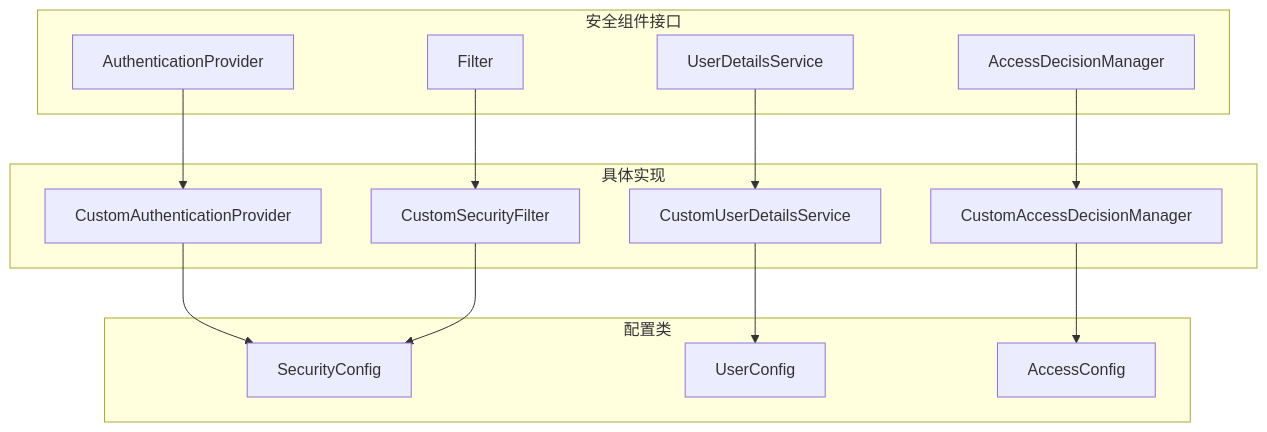
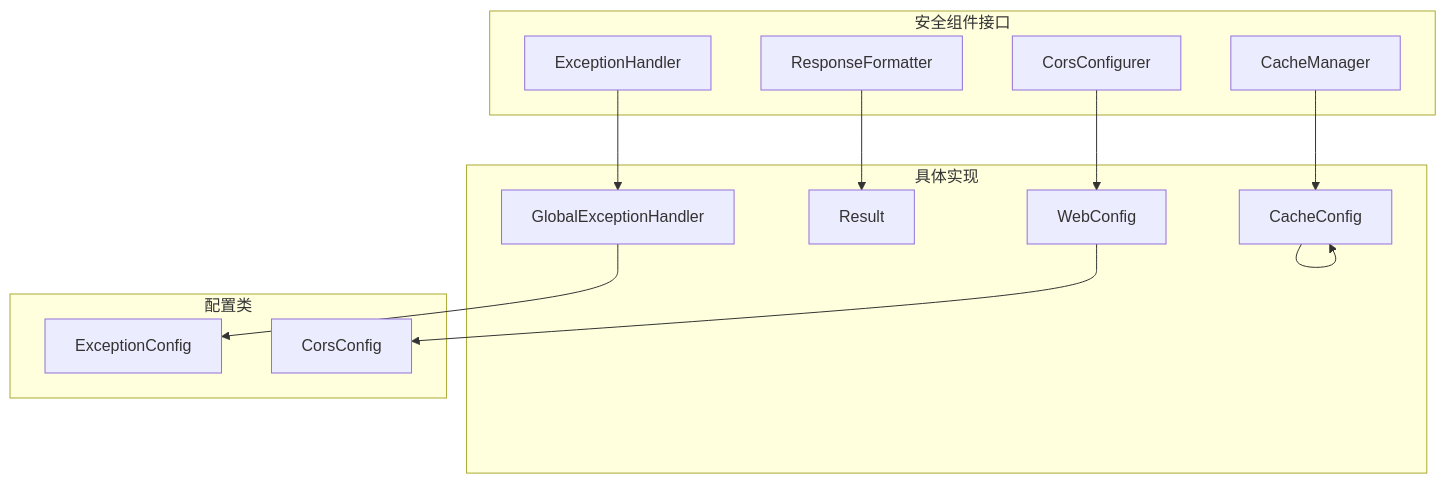
Diagram 13 of 15 in .qoder/repowiki/zh/content/核心功能开发/安全配置.md (gree-coder/fund-butler), drawn with Mermaid before and after one commit. The commit also changed other lines of this file and 10 other files, not shown here.

````diff
--- a/.qoder/repowiki/zh/content/核心功能开发/安全配置.md
+++ b/.qoder/repowiki/zh/content/核心功能开发/安全配置.md
@@ -400,28 +444,27 @@
 ```mermaid
 graph TB
 subgraph "安全组件接口"
-AUTH_INTERFACE[AuthenticationProvider]
-USER_INTERFACE[UserDetailsService]
-ACCESS_INTERFACE[AccessDecisionManager]
-FILTER_INTERFACE[Filter]
+EXCEPTION_INTERFACE[ExceptionHandler]
+RESPONSE_INTERFACE[ResponseFormatter]
+CORS_INTERFACE[CorsConfigurer]
+CACHE_INTERFACE[CacheManager]
 end
 subgraph "具体实现"
-CUSTOM_AUTH[CustomAuthenticationProvider]
-CUSTOM_USER[CustomUserDetailsService]
-CUSTOM_ACCESS[CustomAccessDecisionManager]
-CUSTOM_FILTER[CustomSecurityFilter]
+GLOBAL_EXCEPTION[GlobalExceptionHandler]
+UNIFIED_RESPONSE[Result]
+WEB_CONFIG[WebConfig]
+CACHE_CONFIG[CacheConfig]
 end
 subgraph "配置类"
-SECURITY_CONFIG[SecurityConfig]
-USER_CONFIG[UserConfig]
-ACCESS_CONFIG[AccessConfig]
+EXCEPTION_CONFIG[ExceptionConfig]
+CORS_CONFIG[CorsConfig]
+CACHE_CONFIG[CacheConfig]
 end
-AUTH_INTERFACE --> CUSTOM_AUTH
-USER_INTERFACE --> CUSTOM_USER
-ACCESS_INTERFACE --> CUSTOM_ACCESS
-FILTER_INTERFACE --> CUSTOM_FILTER
-CUSTOM_AUTH --> SECURITY_CONFIG
-CUSTOM_USER --> USER_CONFIG
-CUSTOM_ACCESS --> ACCESS_CONFIG
-CUSTOM_FILTER --> SECURITY_CONFIG
+EXCEPTION_INTERFACE --> GLOBAL_EXCEPTION
+RESPONSE_INTERFACE --> UNIFIED_RESPONSE
+CORS_INTERFACE --> WEB_CONFIG
+CACHE_INTERFACE --> CACHE_CONFIG
+GLOBAL_EXCEPTION --> EXCEPTION_CONFIG
+WEB_CONFIG --> CORS_CONFIG
+CACHE_CONFIG --> CACHE_CONFIG
 ```
````
